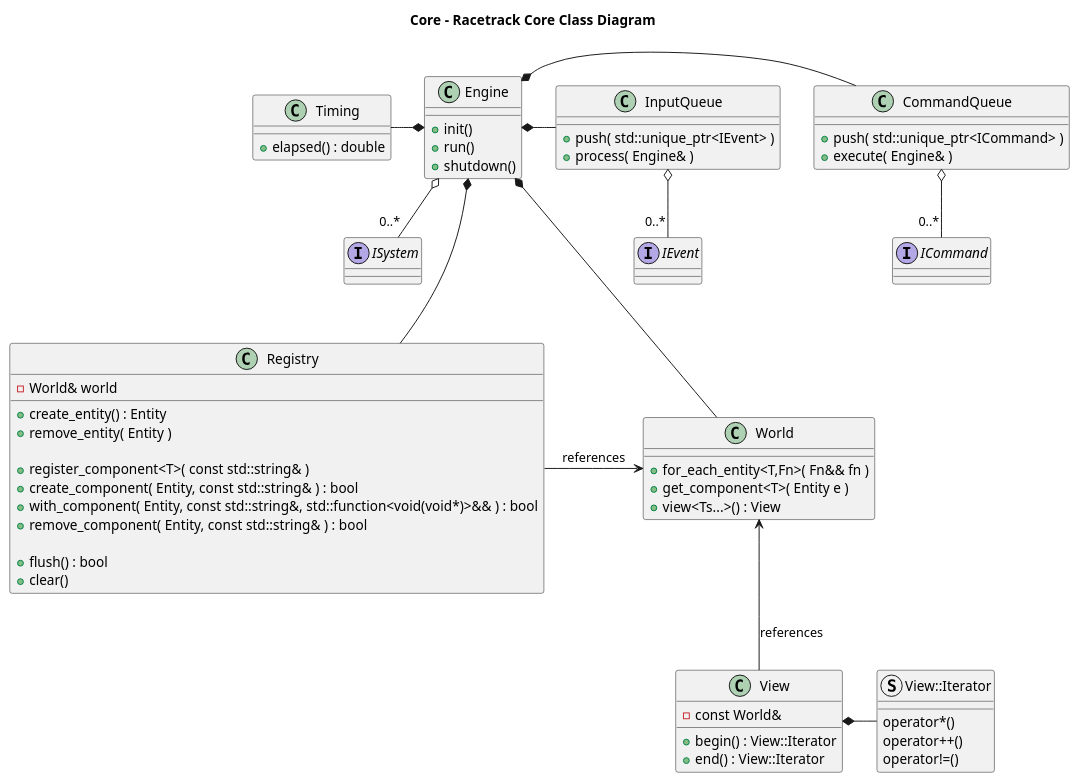
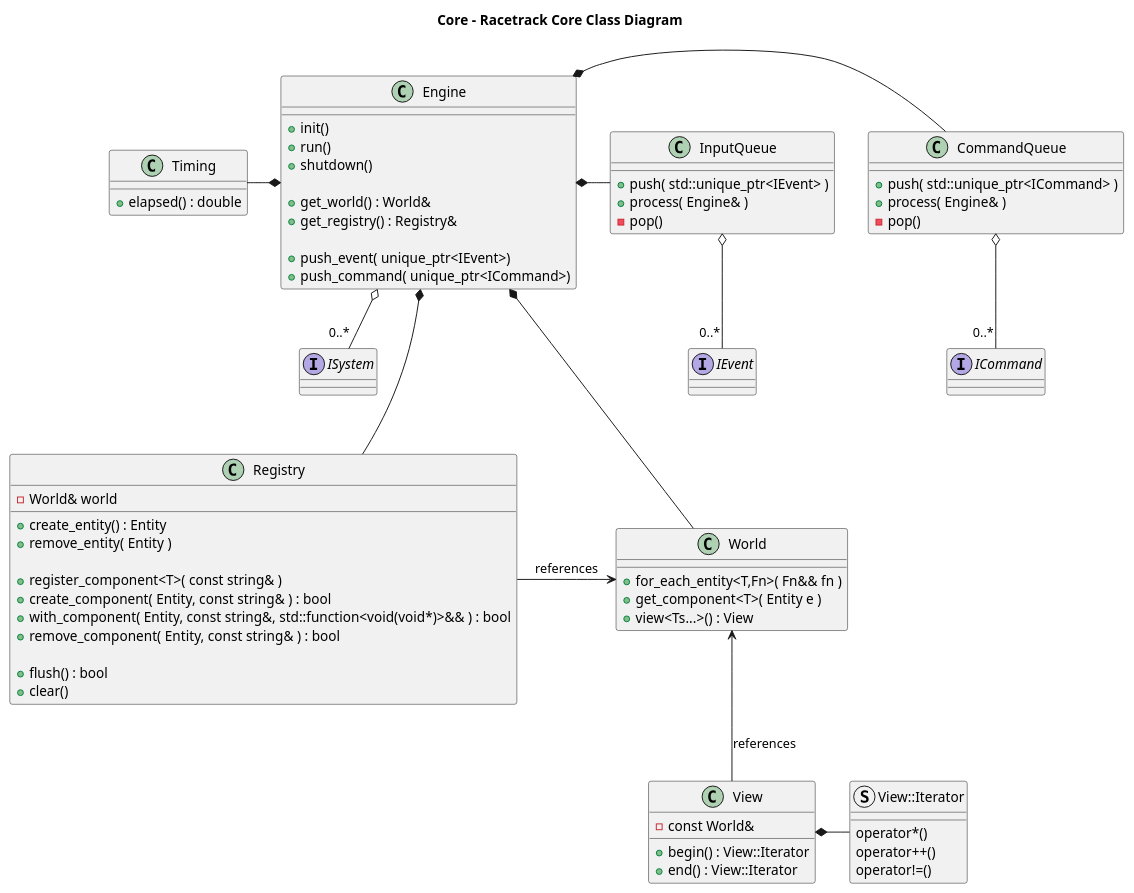
Before and after one commit to alwinl/racetrack: the diagram in doc/core.puml, drawn with PlantUML.

```diff
--- a/doc/core.puml
+++ b/doc/core.puml
@@ -1,85 +1,93 @@
 @startuml core.puml
 title Core - Racetrack Core Class Diagram
 
 class Engine
 {
 	+init()
 	+run()
 	+shutdown()
+
+	+get_world() : World&
+	+get_registry() : Registry&
+
+	+push_event( unique_ptr<IEvent>)
+	+push_command( unique_ptr<ICommand>)
 }
 
 class World
 {
 	+for_each_entity<T,Fn>( Fn&& fn )
 	+get_component<T>( Entity e )
 	+view<Ts...>() : View
 }
 
 class Registry
 {
 	-World& world
 
 	+create_entity() : Entity
 	+remove_entity( Entity )
 
-	+register_component<T>( const std::string& )
-    +create_component( Entity, const std::string& ) : bool
-	+with_component( Entity, const std::string&, std::function<void(void*)>&& ) : bool
-    +remove_component( Entity, const std::string& ) : bool
+	+register_component<T>( const string& )
+    +create_component( Entity, const string& ) : bool
+	+with_component( Entity, const string&, std::function<void(void*)>&& ) : bool
+    +remove_component( Entity, const string& ) : bool
 
     +flush() : bool
     +clear()
 }
 
 class View
 {
 	-const World&
 
 	+begin() : View::Iterator
 	+end() : View::Iterator
 }
 
 struct View::Iterator
 {
 	operator*()
 	operator++()
 	operator!=()
 }
 
 class Timing
 {
 	+elapsed() : double
 }
 
 class CommandQueue
 {
 	+push( std::unique_ptr<ICommand> )
-	+execute( Engine& )
+	+process( Engine& )
+	-pop()
 }
 
 class InputQueue
 {
 	+push( std::unique_ptr<IEvent> )
 	+process( Engine& )
+	-pop()
 }
 
 interface IEvent
 interface ICommand
 interface ISystem
 
 Registry -> World : references
 
 View *- View::Iterator
 World <-- View : references
 
 InputQueue o-- "0..*" IEvent
 CommandQueue o-- "0..*" ICommand
 Engine o-- "0..*" ISystem
 
 Engine *--- World
 Engine *--- Registry
 Timing -* Engine
 Engine *- CommandQueue
 Engine *- InputQueue
 
 @enduml
```
